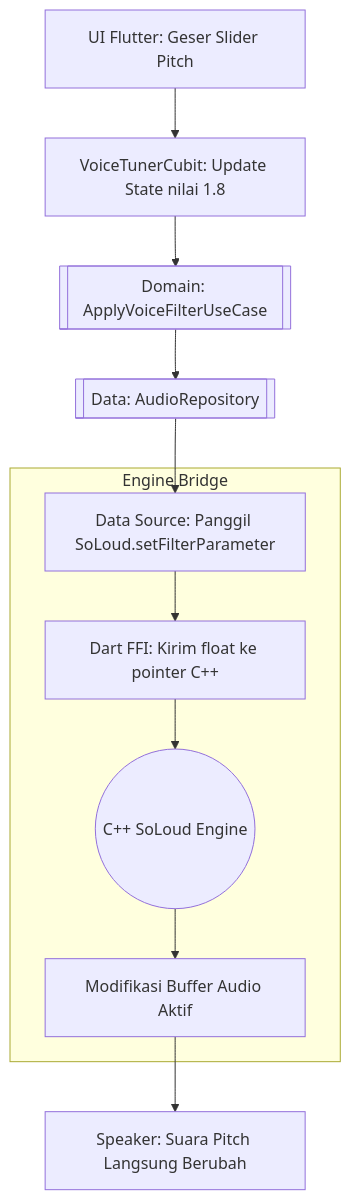
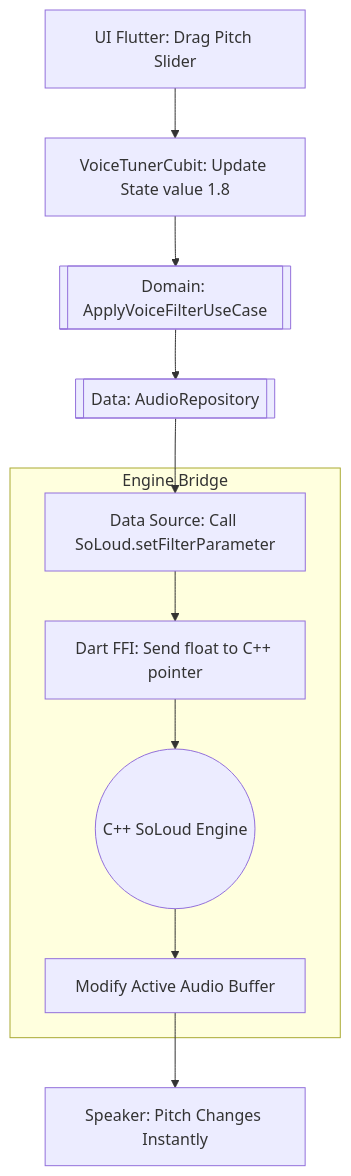
The first of 2 diagrams in TRD.md (nunutech40/VoiceChanger), drawn with Mermaid before and after one commit. The commit also changed other lines of this file and 2 other files, not shown here.

Commit message:
docs: sync documentation with current US market and Clean Architecture state

````diff
--- a/TRD.md
+++ b/TRD.md
@@ -45,15 +49,15 @@
 ```mermaid
 graph TD
-    A[UI Flutter: Geser Slider Pitch] --> B[VoiceTunerCubit: Update State nilai 1.8]
+    A[UI Flutter: Drag Pitch Slider] --> B[VoiceTunerCubit: Update State value 1.8]
     B --> C[[Domain: ApplyVoiceFilterUseCase]]
     C --> D[[Data: AudioRepository]]
-    D --> E[Data Source: Panggil SoLoud.setFilterParameter]
+    D --> E[Data Source: Call SoLoud.setFilterParameter]
     
     subgraph Engine Bridge
-    E --> F[Dart FFI: Kirim float ke pointer C++]
+    E --> F[Dart FFI: Send float to C++ pointer]
     F --> G((C++ SoLoud Engine))
-    G --> H[Modifikasi Buffer Audio Aktif]
+    G --> H[Modify Active Audio Buffer]
     end
     
-    H --> I[Speaker: Suara Pitch Langsung Berubah]
+    H --> I[Speaker: Pitch Changes Instantly]
 ```
````
